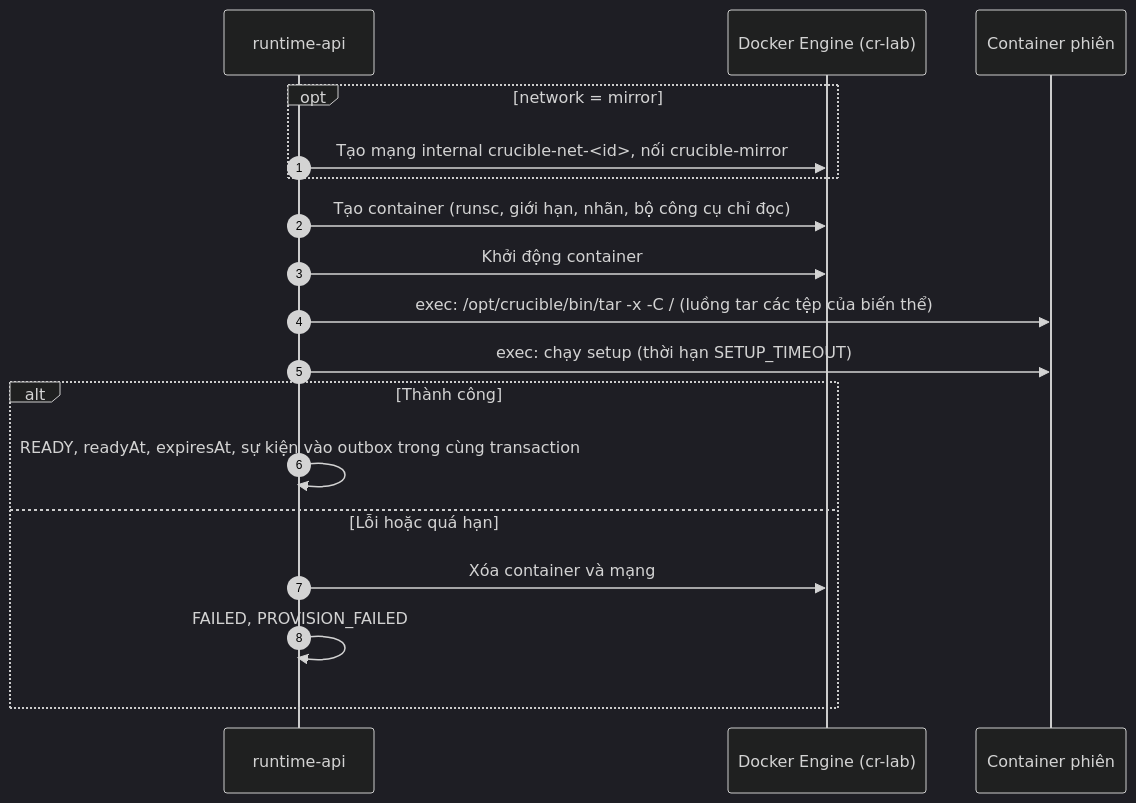
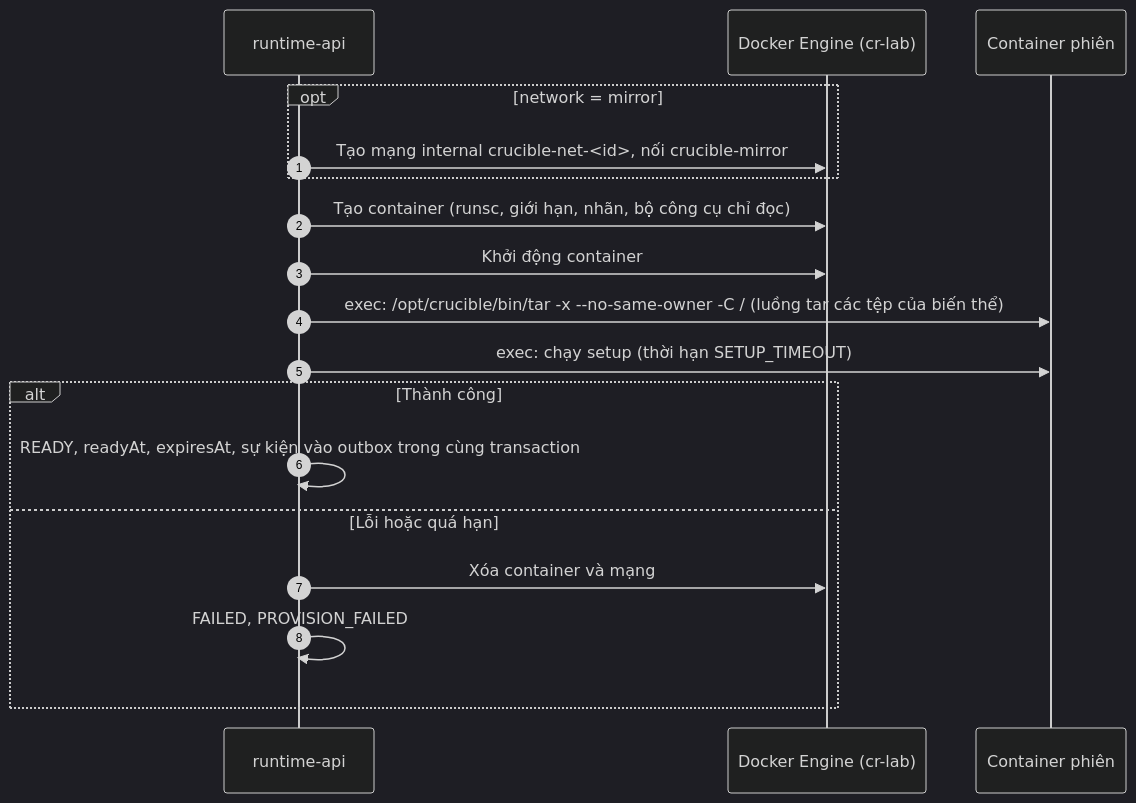
The first of 2 diagrams in docs/modules/m1-runtime.md (NhatMinh0311/Crucible), drawn with Mermaid (dark theme) before and after one commit. The commit also changed other lines of this file and 11 other files, not shown here.

````diff
--- a/docs/modules/m1-runtime.md
+++ b/docs/modules/m1-runtime.md
@@ -142,21 +142,21 @@
 ```mermaid
 sequenceDiagram
     autonumber
     participant A as runtime-api
     participant D as Docker Engine (cr-lab)
     participant C as Container phiên
 
     opt network = mirror
         A->>D: Tạo mạng internal crucible-net-<id>, nối crucible-mirror
     end
     A->>D: Tạo container (runsc, giới hạn, nhãn, bộ công cụ chỉ đọc)
     A->>D: Khởi động container
-    A->>C: exec: /opt/crucible/bin/tar -x -C / (luồng tar các tệp của biến thể)
+    A->>C: exec: /opt/crucible/bin/tar -x --no-same-owner -C / (luồng tar các tệp của biến thể)
     A->>C: exec: chạy setup (thời hạn SETUP_TIMEOUT)
     alt Thành công
         A->>A: READY, readyAt, expiresAt, sự kiện vào outbox trong cùng transaction
     else Lỗi hoặc quá hạn
         A->>D: Xóa container và mạng
         A->>A: FAILED, PROVISION_FAILED
     end
 ```
````
